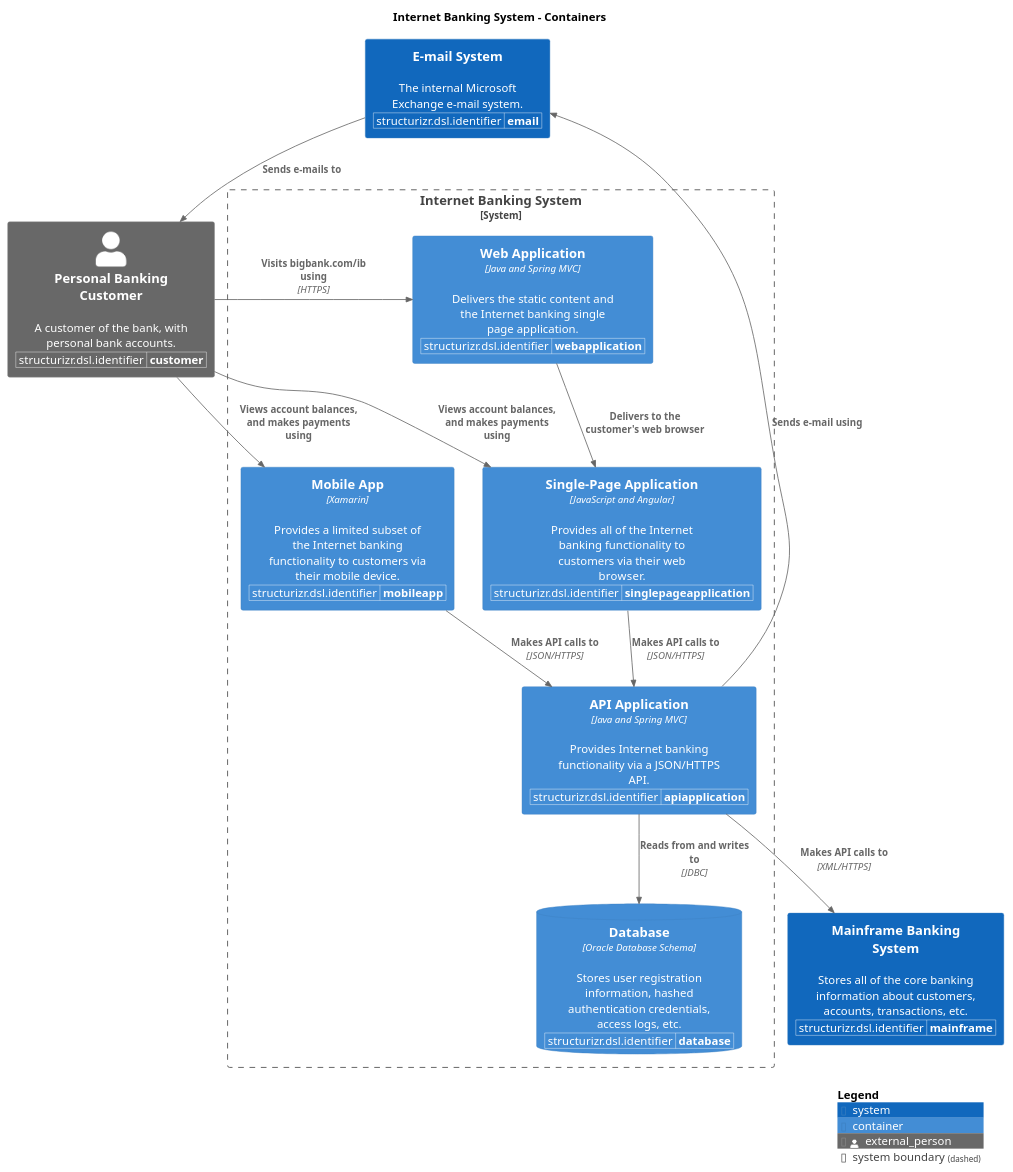
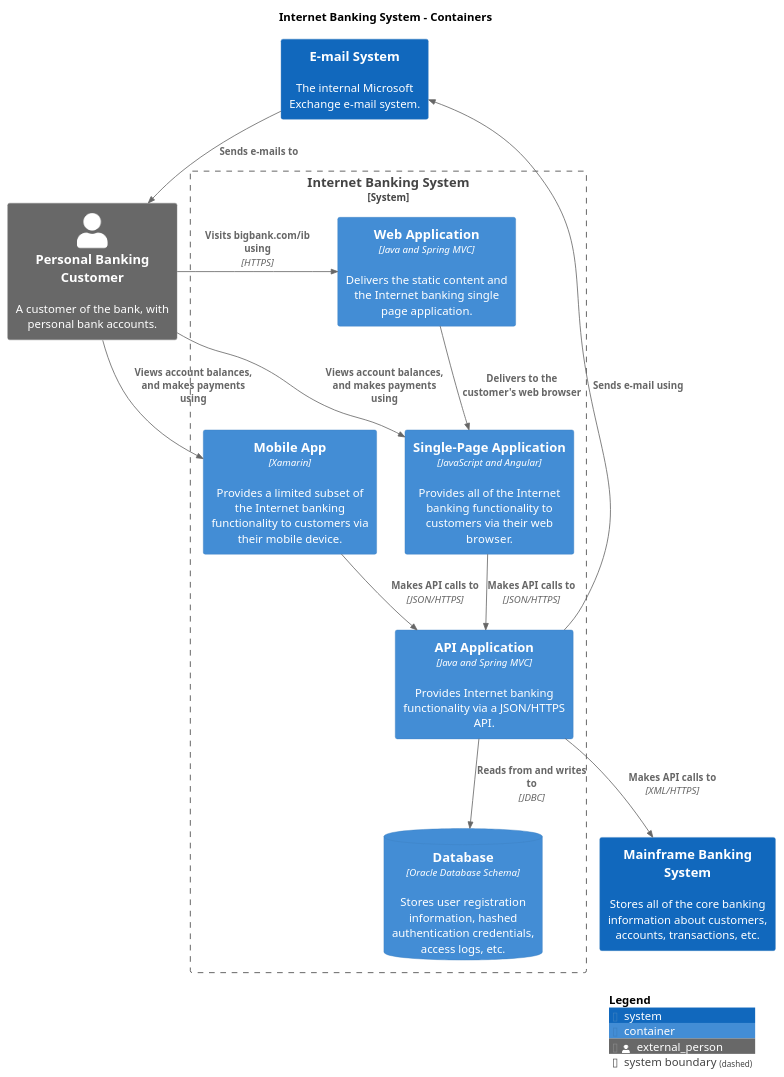
One commit to avisi-cloud/structurizr-site-generatr changed the diagram in puml/Containers-Containers.puml. Above: the diagram before and after it, drawn with PlantUML. The commit also changed 76 other files, not shown here.

```diff
--- a/puml/Containers-Containers.puml
+++ b/puml/Containers-Containers.puml
@@ -1,53 +1,37 @@
 @startuml
 set separator none
 title Internet Banking System - Containers
 
 top to bottom direction
 
 !include https://raw.githubusercontent.com/plantuml-stdlib/C4-PlantUML/master/C4.puml
 !include https://raw.githubusercontent.com/plantuml-stdlib/C4-PlantUML/master/C4_Context.puml
 !include https://raw.githubusercontent.com/plantuml-stdlib/C4-PlantUML/master/C4_Container.puml
 
 skinparam svgDimensionStyle false
 skinparam preserveAspectRatio meet
-WithoutPropertyHeader()
-AddProperty("structurizr.dsl.identifier","customer")
 Person_Ext(PersonalBankingCustomer, "Personal Banking Customer", "A customer of the bank, with personal bank accounts.", $tags="")
-WithoutPropertyHeader()
-AddProperty("structurizr.dsl.identifier","mainframe")
 System(MainframeBankingSystem, "Mainframe Banking System", "Stores all of the core banking information about customers, accounts, transactions, etc.", $tags="")[[../../mainframe-banking-system/context/]]
-WithoutPropertyHeader()
-AddProperty("structurizr.dsl.identifier","email")
 System(EmailSystem, "E-mail System", "The internal Microsoft Exchange e-mail system.", $tags="")[[../../e-mail-system/context/]]
 
 System_Boundary("InternetBankingSystem_boundary", "Internet Banking System", $tags="") {
-  WithoutPropertyHeader()
-  AddProperty("structurizr.dsl.identifier","mobileapp")
   Container(InternetBankingSystem.MobileApp, "Mobile App", "Xamarin", "Provides a limited subset of the Internet banking functionality to customers via their mobile device.", $tags="")
-  WithoutPropertyHeader()
-  AddProperty("structurizr.dsl.identifier","webapplication")
   Container(InternetBankingSystem.WebApplication, "Web Application", "Java and Spring MVC", "Delivers the static content and the Internet banking single page application.", $tags="")
-  WithoutPropertyHeader()
-  AddProperty("structurizr.dsl.identifier","apiapplication")
   Container(InternetBankingSystem.APIApplication, "API Application", "Java and Spring MVC", "Provides Internet banking functionality via a JSON/HTTPS API.", $tags="")
-  WithoutPropertyHeader()
-  AddProperty("structurizr.dsl.identifier","database")
   ContainerDb(InternetBankingSystem.Database, "Database", "Oracle Database Schema", "Stores user registration information, hashed authentication credentials, access logs, etc.", $tags="")
-  WithoutPropertyHeader()
-  AddProperty("structurizr.dsl.identifier","singlepageapplication")
   Container(InternetBankingSystem.SinglePageApplication, "Single-Page Application", "JavaScript and Angular", "Provides all of the Internet banking functionality to customers via their web browser.", $tags="")
 }
 
 Rel_D(EmailSystem, PersonalBankingCustomer, "Sends e-mails to", $tags="")
 Rel_D(PersonalBankingCustomer, InternetBankingSystem.WebApplication, "Visits bigbank.com/ib using", "HTTPS", $tags="")
 Rel_D(PersonalBankingCustomer, InternetBankingSystem.SinglePageApplication, "Views account balances, and makes payments using", $tags="")
 Rel_D(PersonalBankingCustomer, InternetBankingSystem.MobileApp, "Views account balances, and makes payments using", $tags="")
 Rel_D(InternetBankingSystem.WebApplication, InternetBankingSystem.SinglePageApplication, "Delivers to the customer's web browser", $tags="")
 Rel_D(InternetBankingSystem.SinglePageApplication, InternetBankingSystem.APIApplication, "Makes API calls to", "JSON/HTTPS", $tags="")
 Rel_D(InternetBankingSystem.MobileApp, InternetBankingSystem.APIApplication, "Makes API calls to", "JSON/HTTPS", $tags="")
 Rel_D(InternetBankingSystem.APIApplication, InternetBankingSystem.Database, "Reads from and writes to", "JDBC", $tags="")
 Rel_D(InternetBankingSystem.APIApplication, MainframeBankingSystem, "Makes API calls to", "XML/HTTPS", $tags="")
 Rel_D(InternetBankingSystem.APIApplication, EmailSystem, "Sends e-mail using", $tags="")
 
 SHOW_LEGEND(true)
 @enduml
```
